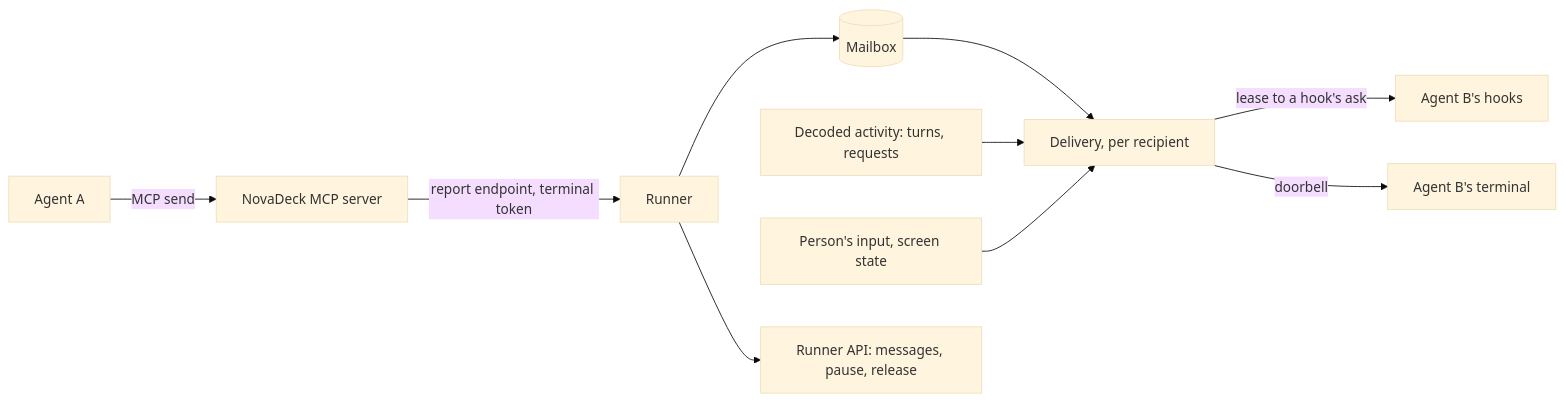
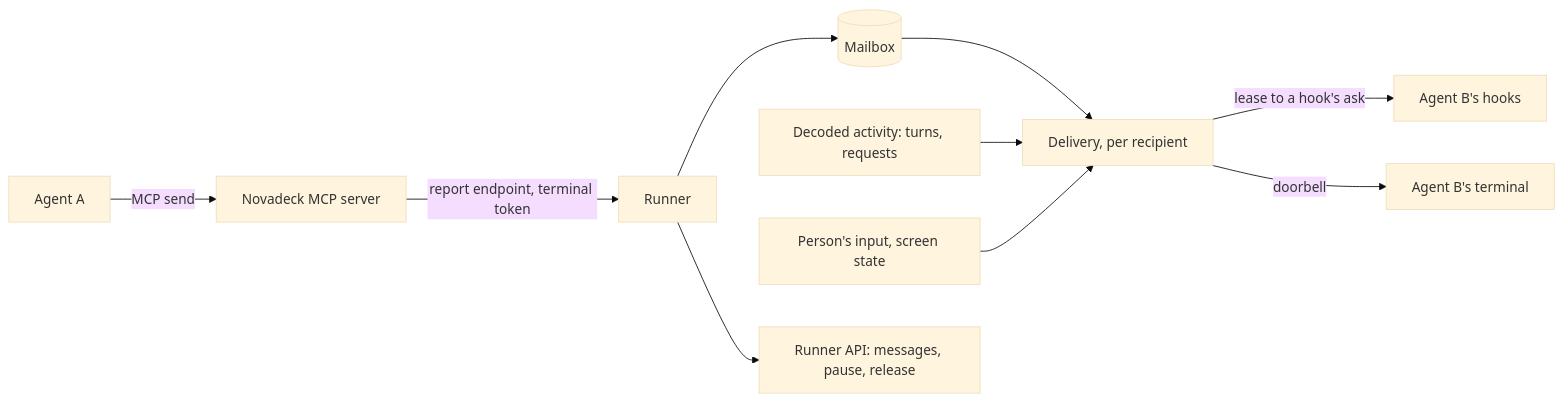
One commit to mzpkdev/novadeck changed the diagram in docs/agent-messaging.md. Above: the diagram before and after it, drawn with Mermaid (base theme). The commit also changed other lines of this file and 178 other files, not shown here.

````diff
--- a/docs/agent-messaging.md
+++ b/docs/agent-messaging.md
@@ -108,12 +108,12 @@
 ```mermaid
 flowchart LR
-  A[Agent A] -->|MCP send| S[NovaDeck MCP server]
+  A[Agent A] -->|MCP send| S[Novadeck MCP server]
   S -->|report endpoint, terminal token| R[Runner]
   R --> M[(Mailbox)]
   M --> D[Delivery, per recipient]
   H[Decoded activity: turns, requests] --> D
   K[Person's input, screen state] --> D
   D -->|lease to a hook's ask| B[Agent B's hooks]
   D -->|doorbell| P[Agent B's terminal]
   R --> U[Runner API: messages, pause, release]
 ```
````
